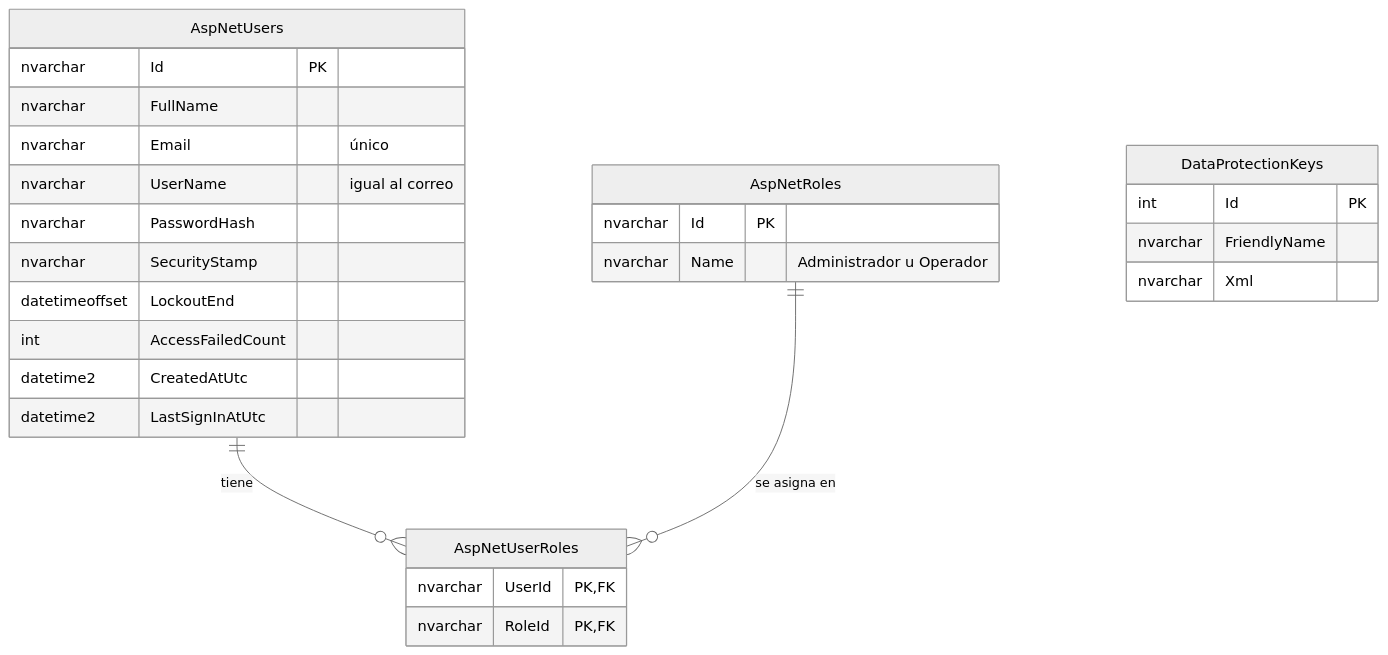
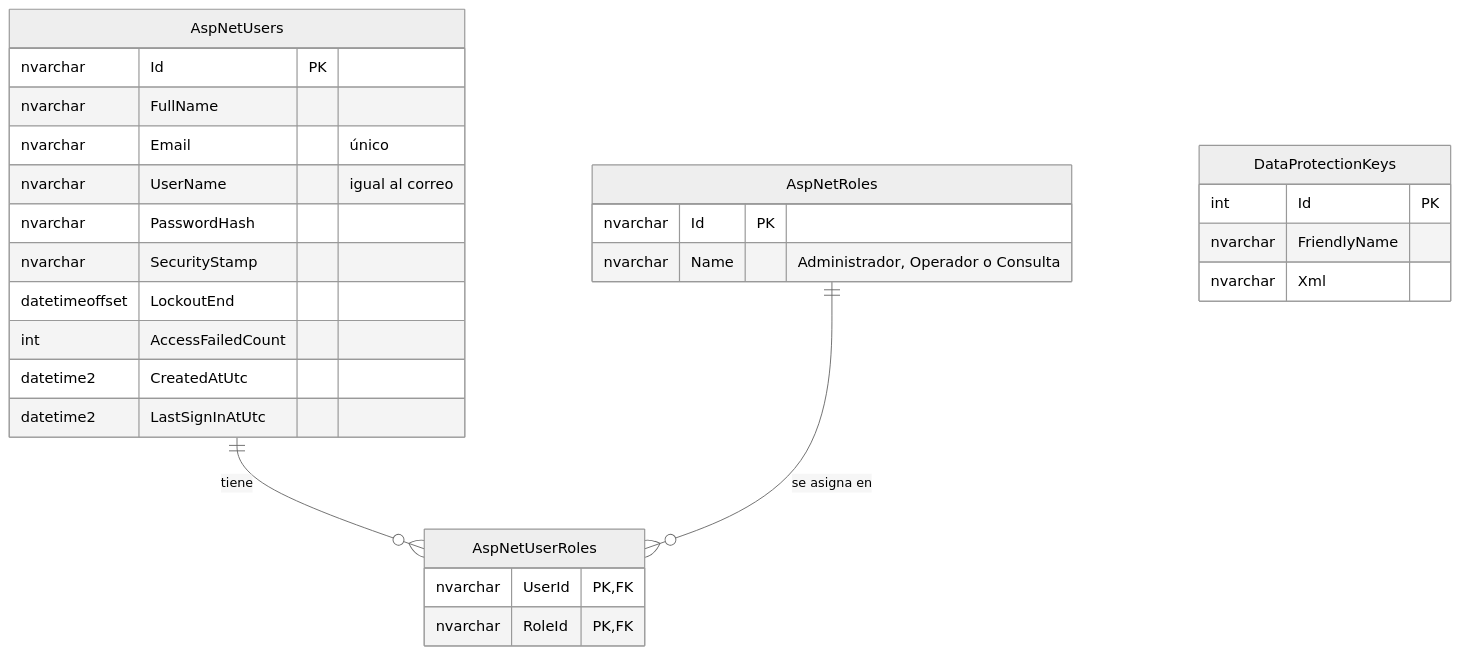
One commit to JJMonzon072/fixtrack changed the third of 4 diagrams in docs/modelo-de-datos.md. Above: the diagram before and after it, drawn with Mermaid (neutral theme). The commit also changed other lines of this file and 4 other files, not shown here.

````diff
--- a/docs/modelo-de-datos.md
+++ b/docs/modelo-de-datos.md
@@ -141,34 +142,34 @@
 ```mermaid
 erDiagram
     AspNetUsers ||--o{ AspNetUserRoles : "tiene"
     AspNetRoles ||--o{ AspNetUserRoles : "se asigna en"
 
     AspNetUsers {
         nvarchar Id PK
         nvarchar FullName
         nvarchar Email "único"
         nvarchar UserName "igual al correo"
         nvarchar PasswordHash
         nvarchar SecurityStamp
         datetimeoffset LockoutEnd
         int AccessFailedCount
         datetime2 CreatedAtUtc
         datetime2 LastSignInAtUtc
     }
 
     AspNetRoles {
         nvarchar Id PK
-        nvarchar Name "Administrador u Operador"
+        nvarchar Name "Administrador, Operador o Consulta"
     }
 
     AspNetUserRoles {
         nvarchar UserId PK, FK
         nvarchar RoleId PK, FK
     }
 
     DataProtectionKeys {
         int Id PK
         nvarchar FriendlyName
         nvarchar Xml
     }
 ```
````
